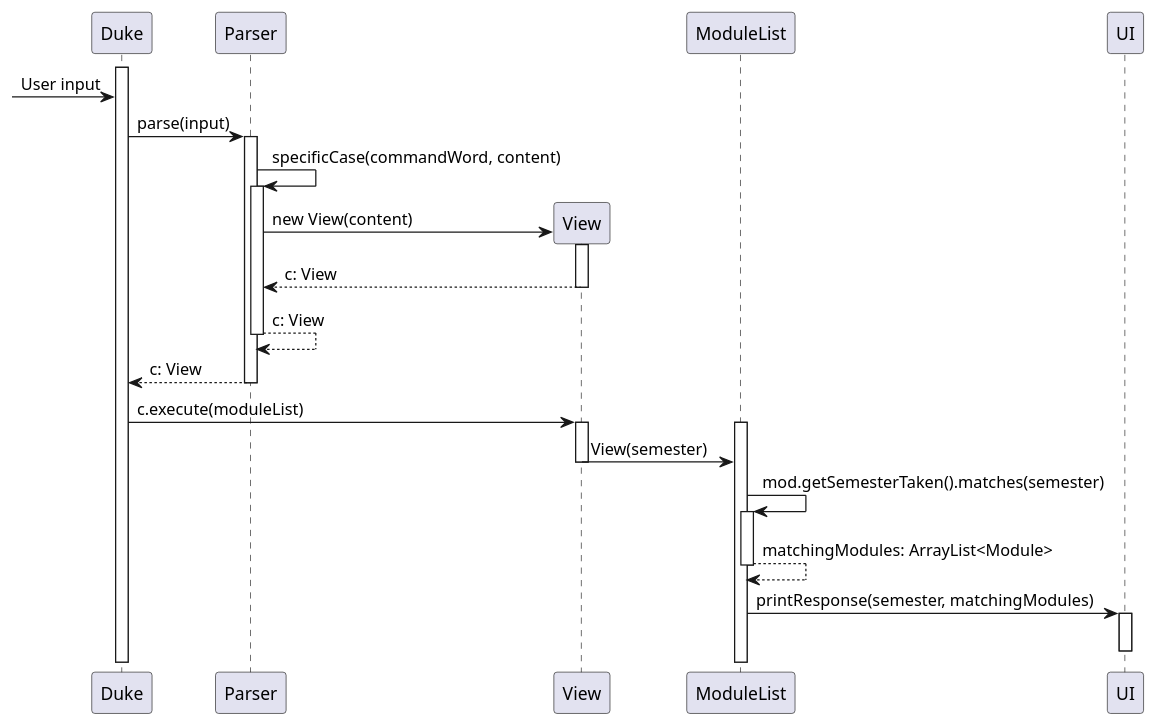
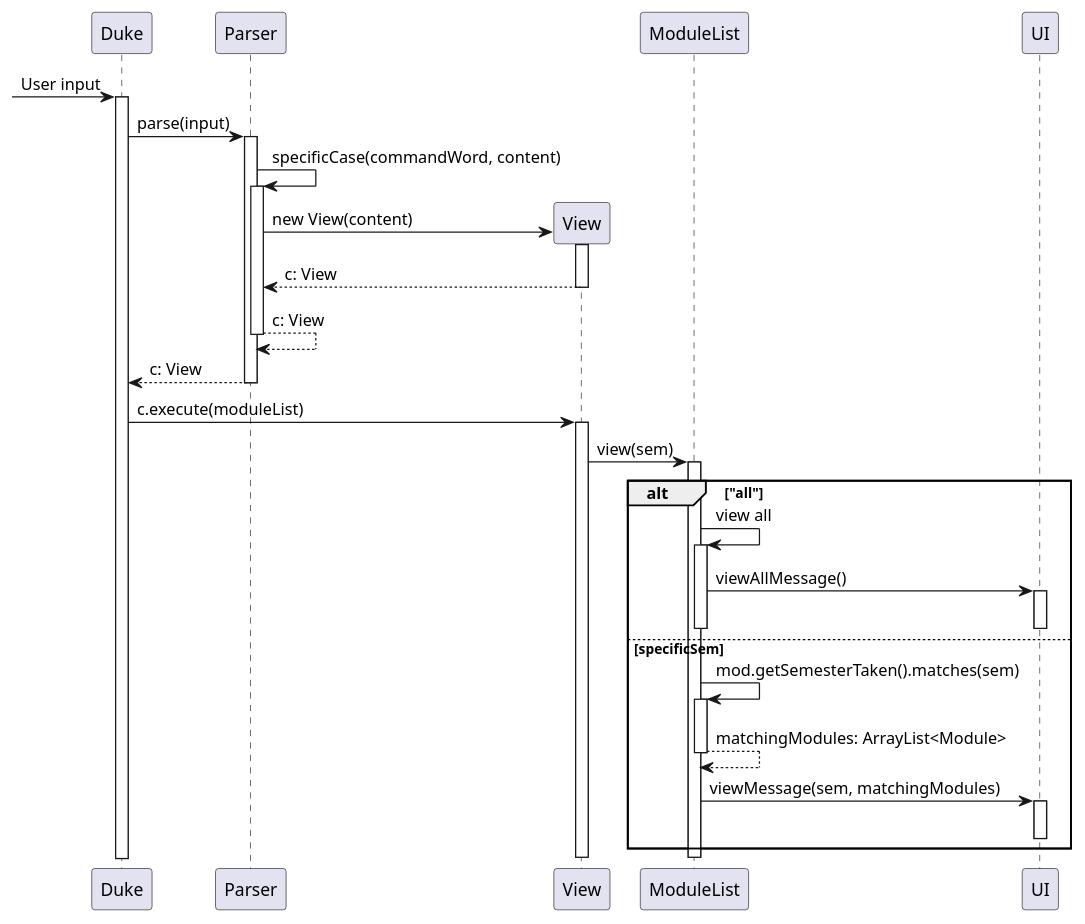
Before and after one commit to nus-cs2113-AY2223S1/tp: the diagram in docs/diagrams/viewUML.puml, drawn with PlantUML. The commit also changed 21 other files, not shown here.

Commit message:
Updates to all sequence diagrams of DG

```diff
--- a/docs/diagrams/viewUML.puml
+++ b/docs/diagrams/viewUML.puml
@@ -3,27 +3,39 @@
 @startuml
+[-> Duke: User input
 activate Duke
-[-> Duke: User input
 Duke -> Parser: parse(input)
 activate Parser
 Parser -> Parser: specificCase(commandWord, content)
 activate Parser
 create View
 Parser -> View: new View(content)
 activate View
 return c: View
 return c: View
 return c: View
 deactivate Parser
 Duke -> View: c.execute(moduleList)
 activate View
+View -> ModuleList: view(sem)
 activate ModuleList
-View -> ModuleList: View(semester)
+
+alt "all"
+    ModuleList -> ModuleList: view all
+    activate ModuleList
+    ModuleList -> UI: viewAllMessage()
+    activate UI
+    deactivate UI
+    deactivate ModuleList
+else specificSem
+    ModuleList -> ModuleList: mod.getSemesterTaken().matches(sem)
+    activate ModuleList
+    return matchingModules: ArrayList<Module>
+    ModuleList -> UI: viewMessage(sem, matchingModules)
+    activate UI
+    deactivate UI
+end
+
+deactivate ModuleList
 deactivate View
-ModuleList -> ModuleList: mod.getSemesterTaken().matches(semester)
-activate ModuleList
-return matchingModules: ArrayList<Module>
-ModuleList -> UI: printResponse(semester, matchingModules)
-activate UI
-deactivate UI
 
 @enduml
```
